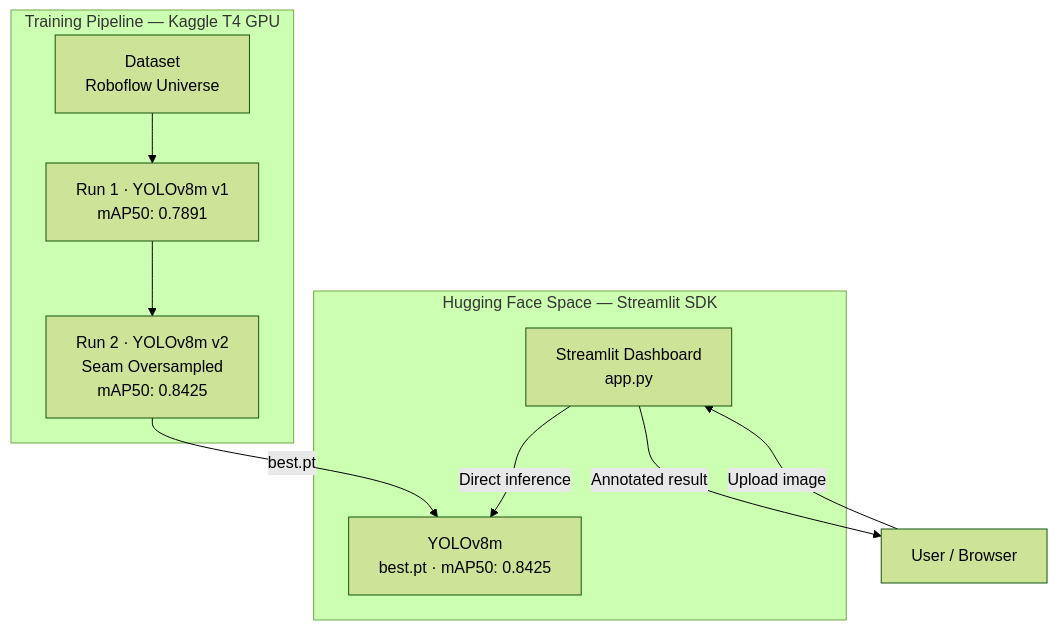
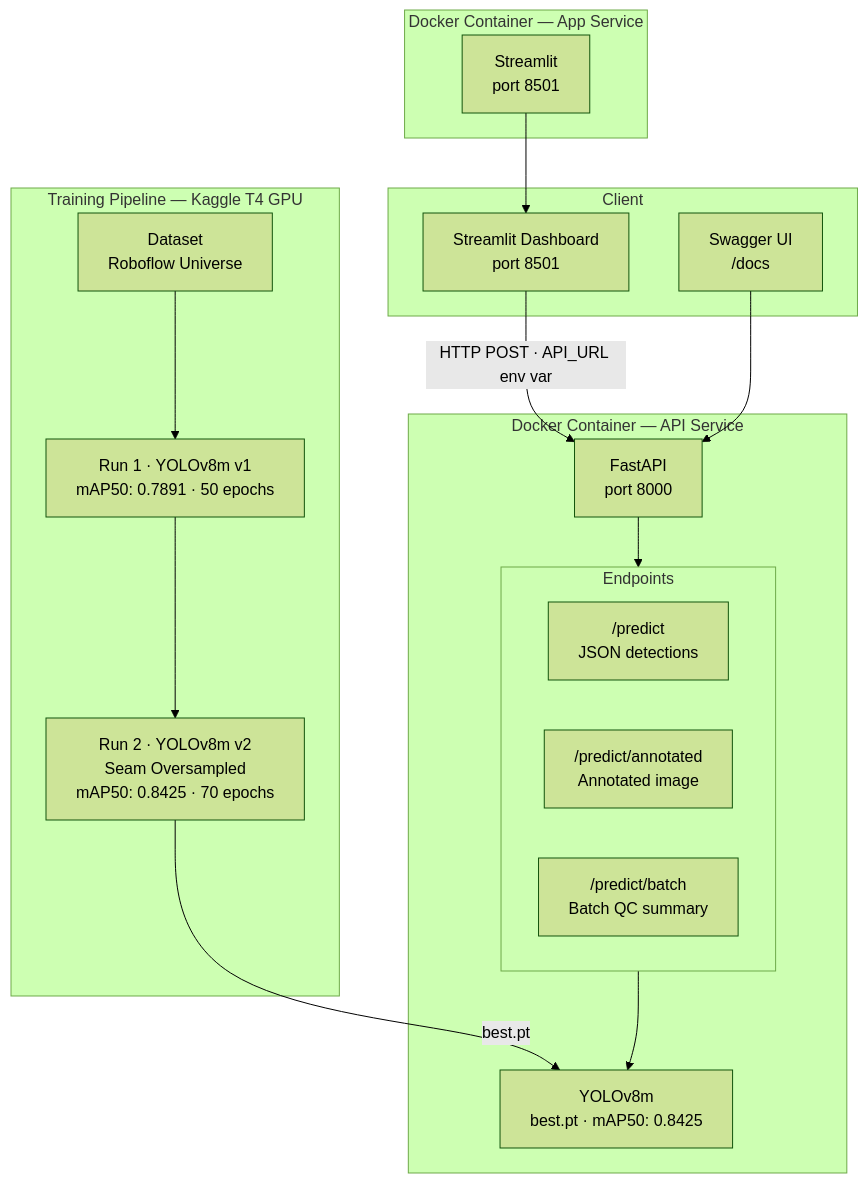
One commit to rahhhmann/Fabric-Defect-Detector changed the diagram in README.md. Above: the diagram before and after it, drawn with Mermaid (forest theme). The commit also changed other lines of this file, not shown here.

````diff
--- a/README.md
+++ b/README.md
@@ -57,19 +60,35 @@
 ```mermaid
 flowchart TD
-    subgraph HF_SPACE["Hugging Face Space — Streamlit SDK"]
-        UI["Streamlit Dashboard\napp.py"]
+    subgraph CLIENT["Client"]
+        UI["Streamlit Dashboard\nport 8501"]
+        SWAGGER["Swagger UI\n/docs"]
+    end
+
+    subgraph API_SERVICE["Docker Container — API Service"]
+        FW["FastAPI\nport 8000"]
         MODEL["YOLOv8m\nbest.pt · mAP50: 0.8425"]
-        UI -->|"Direct inference"| MODEL
+        subgraph ENDPOINTS["Endpoints"]
+            E1["/predict\nJSON detections"]
+            E2["/predict/annotated\nAnnotated image"]
+            E3["/predict/batch\nBatch QC summary"]
+        end
+        FW --> ENDPOINTS
+        ENDPOINTS --> MODEL
+    end
+
+    subgraph APP_SERVICE["Docker Container — App Service"]
+        ST["Streamlit\nport 8501"]
     end
 
     subgraph TRAINING["Training Pipeline — Kaggle T4 GPU"]
         DS["Dataset\nRoboflow Universe"]
-        RUN1["Run 1 · YOLOv8m v1\nmAP50: 0.7891"]
-        RUN2["Run 2 · YOLOv8m v2\nSeam Oversampled\nmAP50: 0.8425"]
+        RUN1["Run 1 · YOLOv8m v1\nmAP50: 0.7891 · 50 epochs"]
+        RUN2["Run 2 · YOLOv8m v2\nSeam Oversampled\nmAP50: 0.8425 · 70 epochs"]
         DS --> RUN1 --> RUN2
         RUN2 -->|best.pt| MODEL
     end
 
-    USER["User / Browser"] -->|"Upload image"| UI
-    UI -->|"Annotated result"| USER
+    UI -->|"HTTP POST · API_URL env var"| FW
+    SWAGGER --> FW
+    ST --> UI
 ```
````
